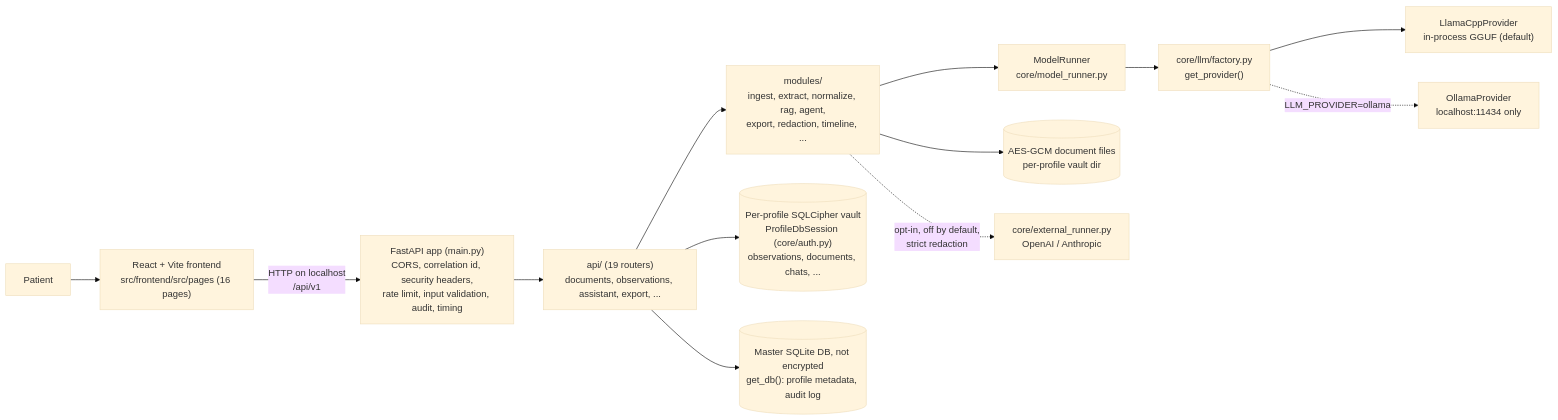
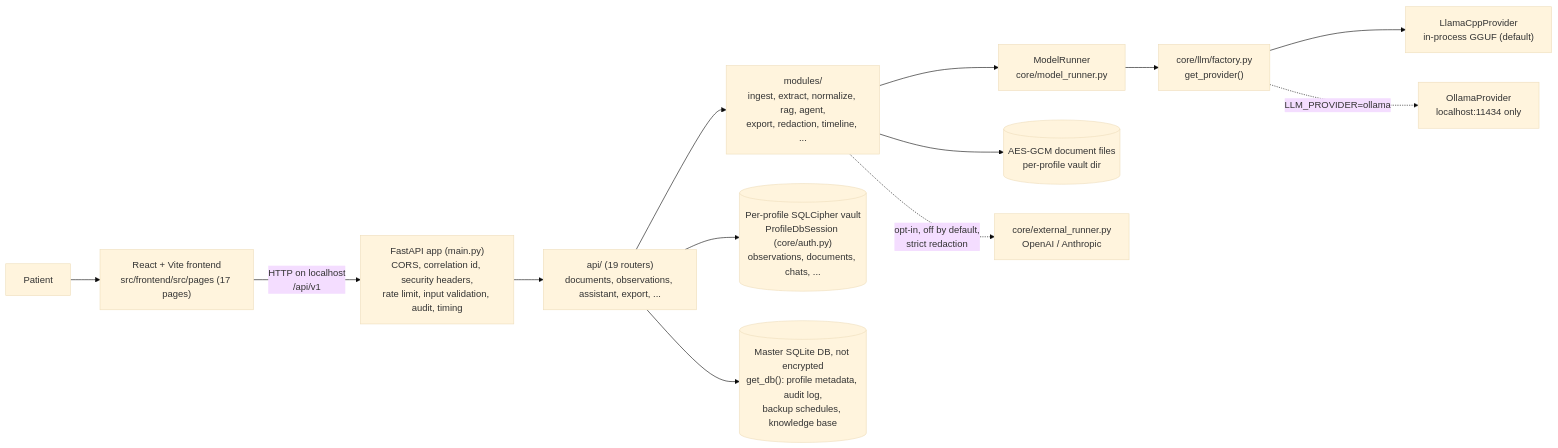
One commit to BrooklynD23/HealthCentral changed the first of 4 diagrams in docs/architecture/overview.md. Above: the diagram before and after it, drawn with Mermaid (base theme). The commit also changed other lines of this file and 20 other files, not shown here.

````diff
--- a/docs/architecture/overview.md
+++ b/docs/architecture/overview.md
@@ -39,15 +39,15 @@
 ```mermaid
 flowchart LR
-    User[Patient] --> UI["React + Vite frontend<br/>src/frontend/src/pages (16 pages)"]
+    User[Patient] --> UI["React + Vite frontend<br/>src/frontend/src/pages (17 pages)"]
     UI -->|"HTTP on localhost<br/>/api/v1"| MW["FastAPI app (main.py)<br/>CORS, correlation id, security headers,<br/>rate limit, input validation, audit, timing"]
     MW --> API["api/ (19 routers)<br/>documents, observations, assistant, export, ..."]
     API --> MOD["modules/<br/>ingest, extract, normalize, rag, agent,<br/>export, redaction, timeline, ..."]
     MOD --> MR["ModelRunner<br/>core/model_runner.py"]
     MR --> FAC["core/llm/factory.py<br/>get_provider()"]
     FAC --> LCPP["LlamaCppProvider<br/>in-process GGUF (default)"]
     FAC -.->|"LLM_PROVIDER=ollama"| OLL["OllamaProvider<br/>localhost:11434 only"]
     API --> PDB[("Per-profile SQLCipher vault<br/>ProfileDbSession (core/auth.py)<br/>observations, documents, chats, ...")]
-    API --> MDB[("Master SQLite DB, not encrypted<br/>get_db(): profile metadata, audit log")]
+    API --> MDB[("Master SQLite DB, not encrypted<br/>get_db(): profile metadata, audit log,<br/>backup schedules, knowledge base")]
     MOD --> DOCS[("AES-GCM document files<br/>per-profile vault dir")]
     MOD -.->|"opt-in, off by default,<br/>strict redaction"| EXT["core/external_runner.py<br/>OpenAI / Anthropic"]
 ```
````
